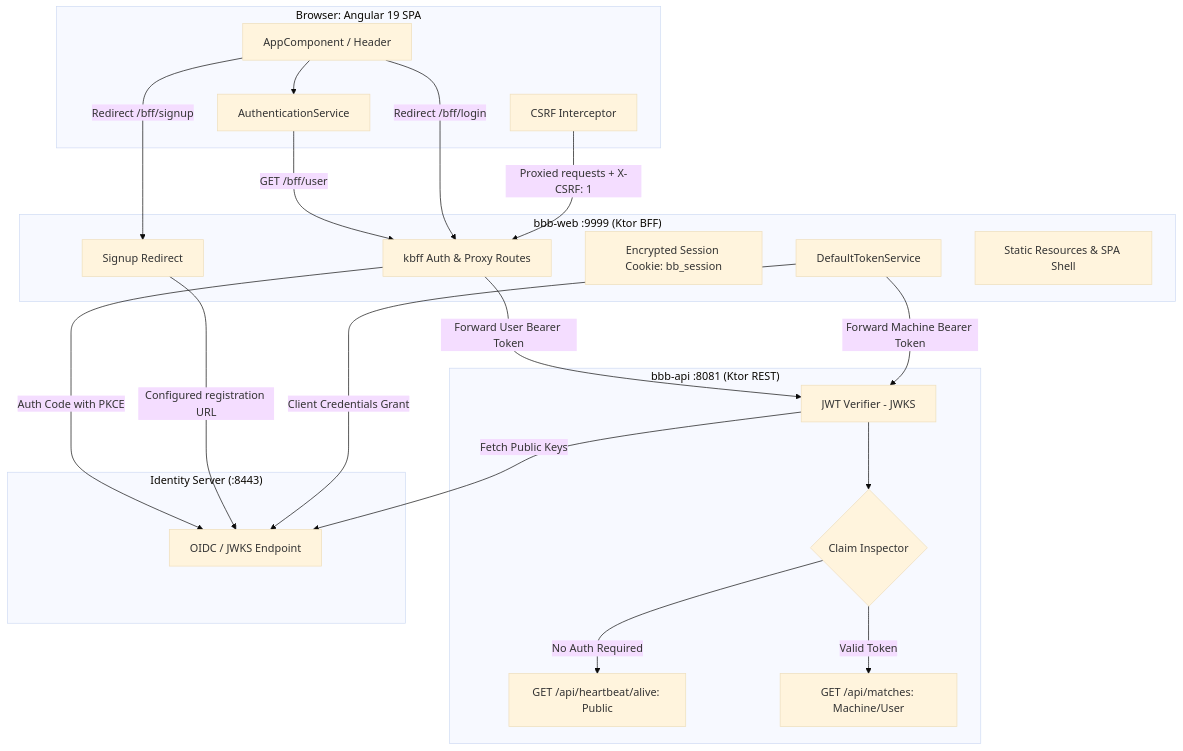
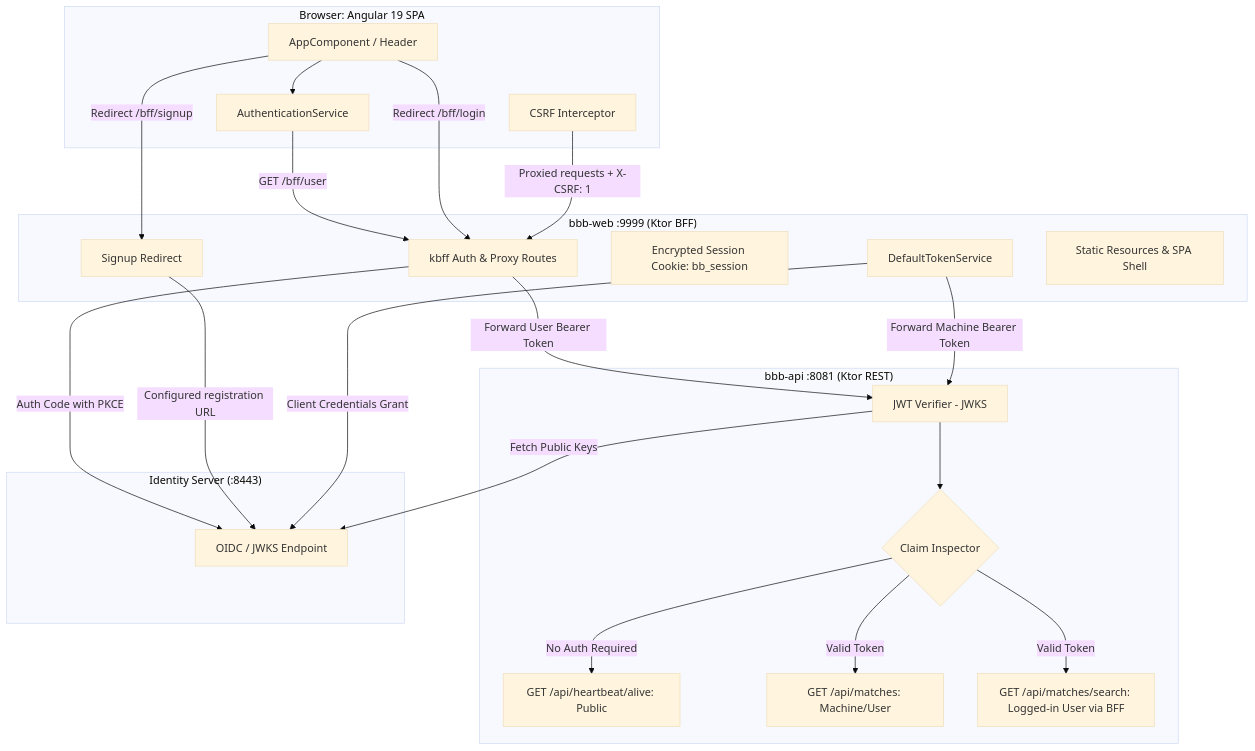
The first of 3 diagrams in docs/architecture/applications.md (kevinrjones/acs_ball_by_ball), drawn with Mermaid (base theme) before and after one commit. The commit also changed other lines of this file and 60 other files, not shown here.

First line of the commit message:
Add historical match search ADR, UI features, and search model validation

````diff
--- a/docs/architecture/applications.md
+++ b/docs/architecture/applications.md
@@ -19,45 +19,47 @@
 ```mermaid
 flowchart TD
     subgraph Browser["Browser: Angular 19 SPA"]
         UI[AppComponent / Header]
         AuthService[AuthenticationService]
         Interceptor[CSRF Interceptor]
     end
 
     subgraph Web["bbb-web :9999 (Ktor BFF)"]
         KBFF[kbff Auth & Proxy Routes]
         AuthRoutes[Signup Redirect]
         SessionCookie[Encrypted Session Cookie: bb_session]
         TokenService[DefaultTokenService]
         WebRoutes[Static Resources & SPA Shell]
     end
 
     subgraph API["bbb-api :8081 (Ktor REST)"]
         JWTVerifier[JWT Verifier - JWKS]
         ClaimsCheck{Claim Inspector}
         AliveRoute[GET /api/heartbeat/alive: Public]
         MatchesRoute[GET /api/matches: Machine/User]
+        MatchSearchRoute[GET /api/matches/search: Logged-in User via BFF]
     end
 
     subgraph Identity["Identity Server (:8443)"]
         OIDC[OIDC / JWKS Endpoint]
     end
 
     UI --> AuthService
     AuthService -->|GET /bff/user| KBFF
     UI -->|Redirect /bff/login| KBFF
     UI -->|Redirect /bff/signup| AuthRoutes
     Interceptor -->|Proxied requests + X-CSRF: 1| KBFF
 
     KBFF -->|Auth Code with PKCE| OIDC
     AuthRoutes -->|Configured registration URL| OIDC
     TokenService -->|Client Credentials Grant| OIDC
     JWTVerifier -->|Fetch Public Keys| OIDC
 
     KBFF -->|Forward User Bearer Token| JWTVerifier
     TokenService -->|Forward Machine Bearer Token| JWTVerifier
 
     JWTVerifier --> ClaimsCheck
     ClaimsCheck -->|No Auth Required| AliveRoute
     ClaimsCheck -->|Valid Token| MatchesRoute
+    ClaimsCheck -->|Valid Token| MatchSearchRoute
 ```
````
